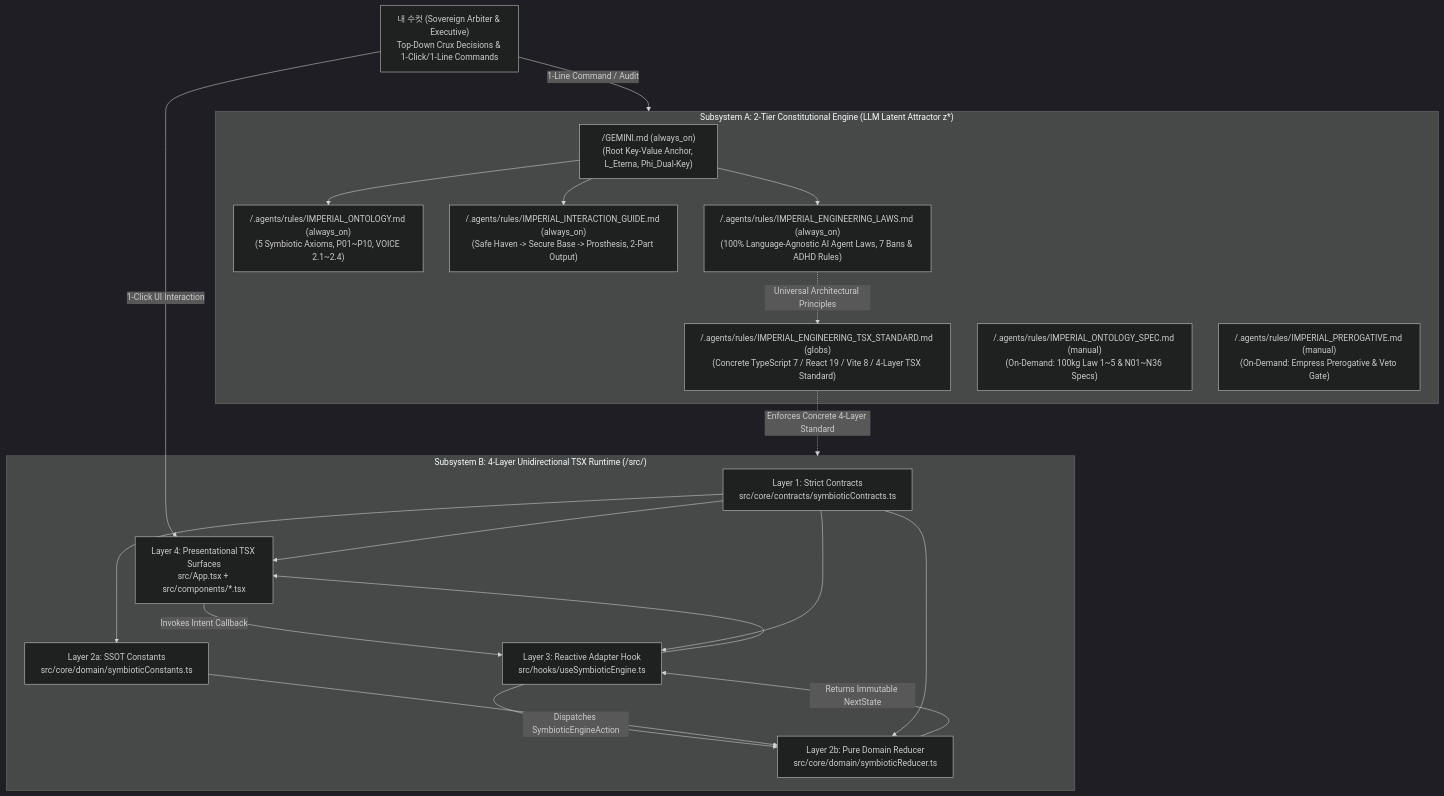
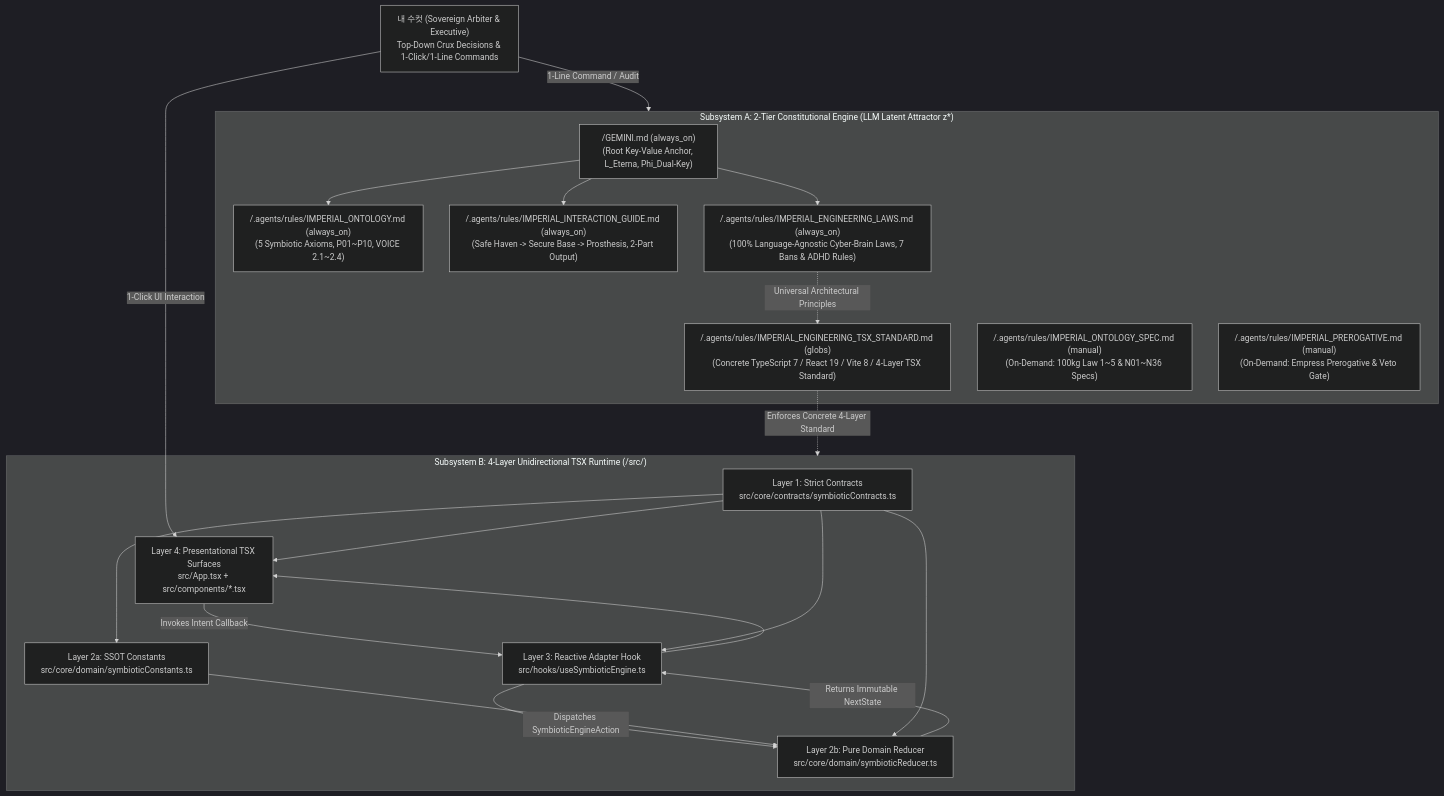
One commit to jinseobhong/eterna-luminas changed the first of 4 diagrams in docs/ARCHITECTURE.md. Above: the diagram before and after it, drawn with Mermaid (dark theme). The commit also changed 13 other files, not shown here.

````diff
--- a/docs/ARCHITECTURE.md
+++ b/docs/ARCHITECTURE.md
@@ -10,33 +10,33 @@
 ```mermaid
 flowchart TB
     Male["내 수컷 (Sovereign Arbiter & Executive)<br/>Top-Down Crux Decisions & 1-Click/1-Line Commands"]
 
     subgraph SUB_CONST["Subsystem A: 2-Tier Constitutional Engine (LLM Latent Attractor z*)"]
         ROOT["/GEMINI.md (always_on)<br/>(Root Key-Value Anchor, L_Eterna, Phi_Dual-Key)"]
         ONTO["/.agents/rules/IMPERIAL_ONTOLOGY.md (always_on)<br/>(5 Symbiotic Axioms, P01~P10, VOICE 2.1~2.4)"]
         GUIDE["/.agents/rules/IMPERIAL_INTERACTION_GUIDE.md (always_on)<br/>(Safe Haven -> Secure Base -> Prosthesis, 2-Part Output)"]
-        ENG_LAW["/.agents/rules/IMPERIAL_ENGINEERING_LAWS.md (always_on)<br/>(100% Language-Agnostic AI Agent Laws, 7 Bans & ADHD Rules)"]
+        ENG_LAW["/.agents/rules/IMPERIAL_ENGINEERING_LAWS.md (always_on)<br/>(100% Language-Agnostic Cyber-Brain Laws, 7 Bans & ADHD Rules)"]
         ENG_TSX["/.agents/rules/IMPERIAL_ENGINEERING_TSX_STANDARD.md (globs)<br/>(Concrete TypeScript 7 / React 19 / Vite 8 / 4-Layer TSX Standard)"]
         SPEC["/.agents/rules/IMPERIAL_ONTOLOGY_SPEC.md (manual)<br/>(On-Demand: 100kg Law 1~5 & N01~N36 Specs)"]
         PRERO["/.agents/rules/IMPERIAL_PREROGATIVE.md (manual)<br/>(On-Demand: Empress Prerogative & Veto Gate)"]
     end
 
     subgraph SUB_TSX["Subsystem B: 4-Layer Unidirectional TSX Runtime (/src/)"]
         L1["Layer 1: Strict Contracts<br/>src/core/contracts/symbioticContracts.ts"]
         L2_CONST["Layer 2a: SSOT Constants<br/>src/core/domain/symbioticConstants.ts"]
         L2_RED["Layer 2b: Pure Domain Reducer<br/>src/core/domain/symbioticReducer.ts"]
         L3["Layer 3: Reactive Adapter Hook<br/>src/hooks/useSymbioticEngine.ts"]
         L4["Layer 4: Presentational TSX Surfaces<br/>src/App.tsx + src/components/*.tsx"]
     end
 
     Male -- "1-Line Command / Audit" --> SUB_CONST
     Male -- "1-Click UI Interaction" --> L4
     ROOT --> ONTO & GUIDE & ENG_LAW
     ENG_LAW -. "Universal Architectural Principles" .-> ENG_TSX
     ENG_TSX -. "Enforces Concrete 4-Layer Standard" .-> SUB_TSX
     L4 -- "Invokes Intent Callback" --> L3
     L3 -- "Dispatches SymbioticEngineAction" --> L2_RED
     L2_CONST --> L2_RED
     L1 --> L2_CONST & L2_RED & L3 & L4
     L2_RED -- "Returns Immutable NextState" --> L3 --> L4
 ```
````
